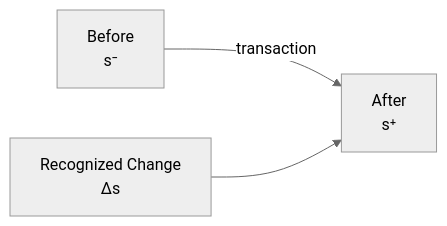
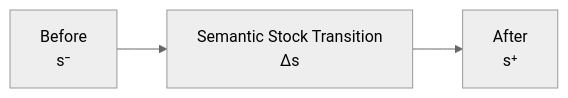
The first of 3 diagrams in theory/03-transition.md (niikei/accounting-state-model), drawn with Mermaid (neutral theme) before and after one commit. The commit also changed other lines of this file and 5 other files, not shown here.

````diff
--- a/theory/03-transition.md
+++ b/theory/03-transition.md
@@ -23,9 +68,8 @@
 ```mermaid
 flowchart LR
     BEFORE["Before<br/>s⁻"]
-    CHANGE["Recognized Change<br/>Δs"]
+    CHANGE["Semantic Stock Transition<br/>Δs"]
     AFTER["After<br/>s⁺"]
 
-    BEFORE -->|"transaction"| AFTER
-    CHANGE --> AFTER
+    BEFORE --> CHANGE --> AFTER
 ```
````
